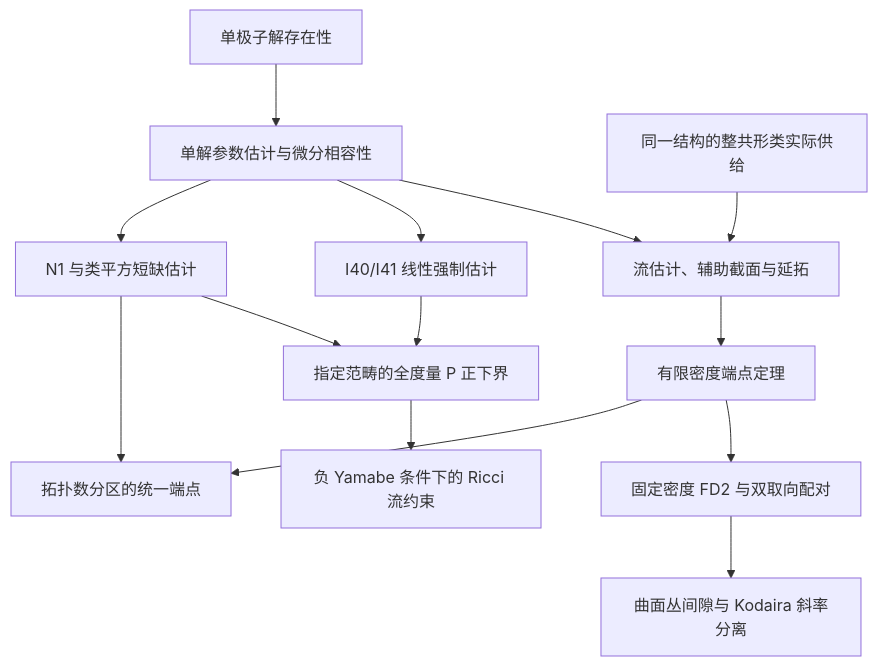
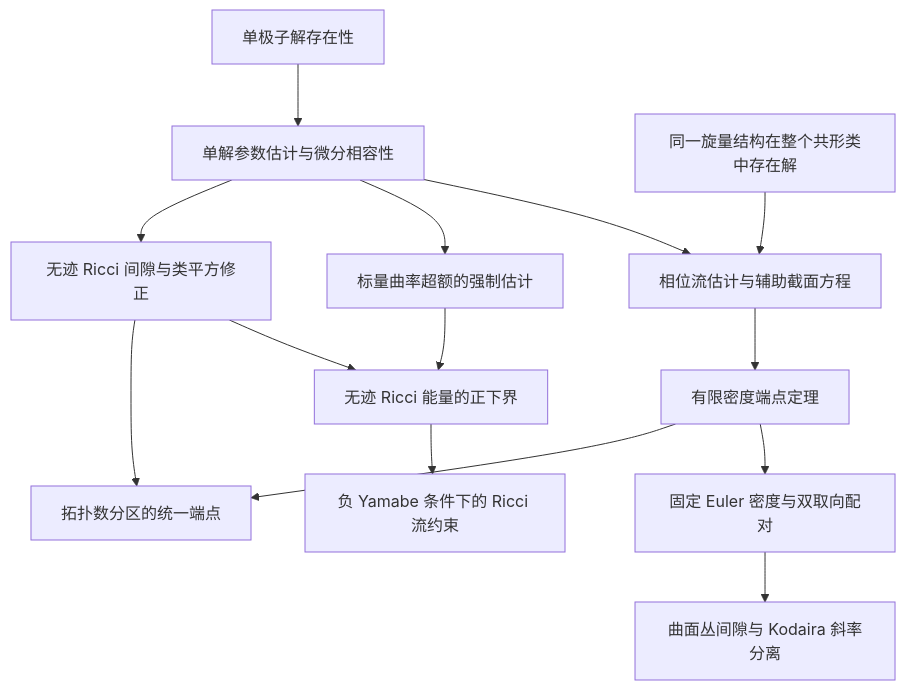
One commit to Cherish0925/Geometric-Analysis changed the diagram in docs/RESEARCH_MAP.md. Above: the diagram before and after it, drawn with Mermaid. The commit also changed other lines of this file and 27 other files, not shown here.

````diff
--- a/docs/RESEARCH_MAP.md
+++ b/docs/RESEARCH_MAP.md
@@ -9,16 +10,16 @@
 ```mermaid
 flowchart TD
   S["单极子解存在性"] --> A["单解参数估计与微分相容性"]
-  A --> N["N1 与类平方短缺估计"]
-  A --> I["I40/I41 线性强制估计"]
-  A --> R["流估计、辅助截面与延拓"]
-  CS["同一结构的整共形类实际供给"] --> R
+  A --> N["无迹 Ricci 间隙与类平方修正"]
+  A --> I["标量曲率超额的强制估计"]
+  A --> R["相位流估计与辅助截面方程"]
+  CS["同一旋量结构在整个共形类中存在解"] --> R
   R --> F["有限密度端点定理"]
   N --> G["拓扑数分区的统一端点"]
   F --> G
-  F --> B["固定密度 FD2 与双取向配对"]
+  F --> B["固定 Euler 密度与双取向配对"]
   B --> K["曲面丛间隙与 Kodaira 斜率分离"]
-  N --> P["指定范畴的全度量 P 正下界"]
+  N --> P["无迹 Ricci 能量的正下界"]
   I --> P
   P --> RF["负 Yamabe 条件下的 Ricci 流约束"]
 ```
````
